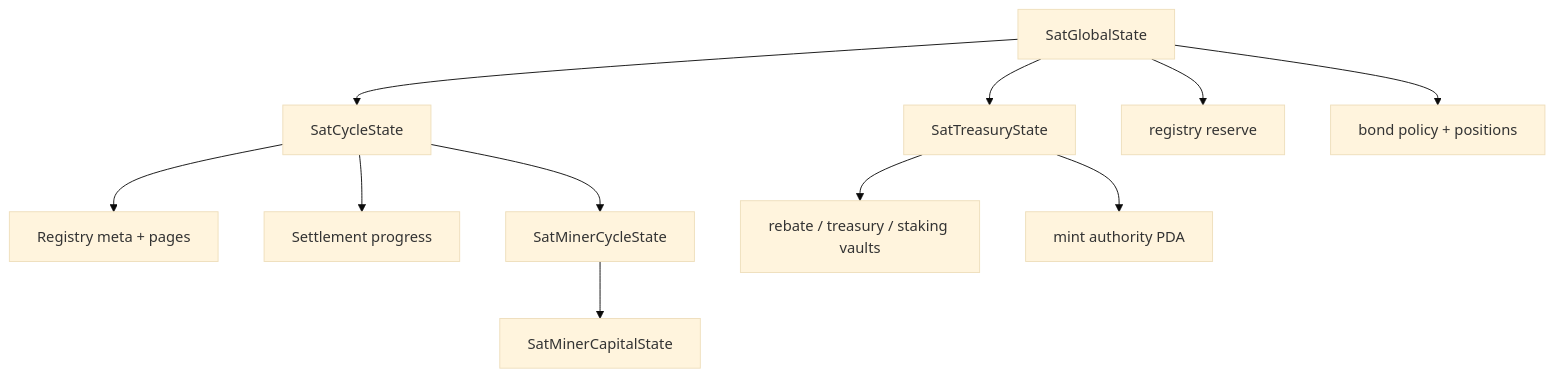
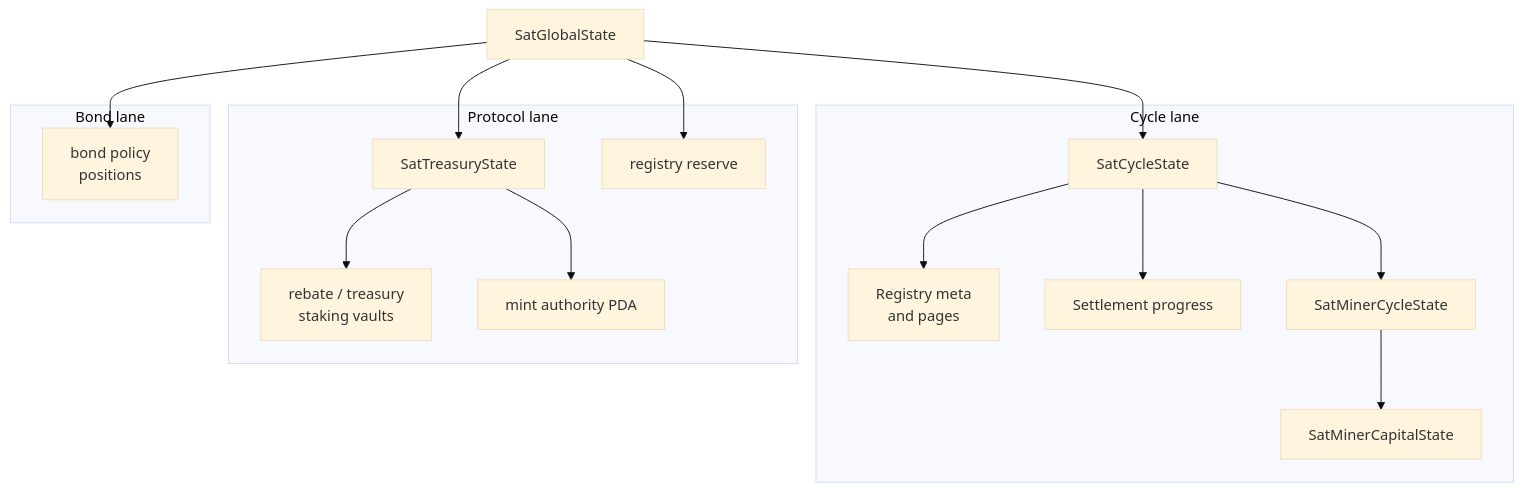
One commit to fased-ai/fased changed the second of 2 diagrams in docs/plugins/crypto/mining-protocol.md. Above: the diagram before and after it, drawn with Mermaid (base theme). The commit also changed other lines of this file and 264 other files, not shown here.

````diff
--- a/docs/plugins/crypto/mining-protocol.md
+++ b/docs/plugins/crypto/mining-protocol.md
@@ -295,13 +435,34 @@
 ```mermaid
-flowchart TB
-  Global["SatGlobalState"] --> Cycle["SatCycleState"]
-  Cycle --> Registry["Registry meta + pages"]
-  Cycle --> Settlement["Settlement progress"]
-  Cycle --> MinerCycle["SatMinerCycleState"]
-  MinerCycle --> Capital["SatMinerCapitalState"]
-  Global --> Treasury["SatTreasuryState"]
-  Treasury --> Vaults["rebate / treasury / staking vaults"]
-  Global --> Reserve["registry reserve"]
-  Global --> Bond["bond policy + positions"]
-  Treasury --> Mint["mint authority PDA"]
+flowchart TD
+  Global["SatGlobalState"]
+
+  subgraph CycleLane["Cycle lane"]
+    Cycle["SatCycleState"]
+    Registry["Registry meta<br/>and pages"]
+    Settlement["Settlement progress"]
+    MinerCycle["SatMinerCycleState"]
+    Capital["SatMinerCapitalState"]
+  end
+
+  subgraph ProtocolLane["Protocol lane"]
+    Treasury["SatTreasuryState"]
+    Vaults["rebate / treasury<br/>staking vaults"]
+    Reserve["registry reserve"]
+    Mint["mint authority PDA"]
+  end
+
+  subgraph BondLane["Bond lane"]
+    Bond["bond policy<br/>positions"]
+  end
+
+  Global --> Cycle
+  Cycle --> Registry
+  Cycle --> Settlement
+  Cycle --> MinerCycle
+  MinerCycle --> Capital
+  Global --> Treasury
+  Treasury --> Vaults
+  Treasury --> Mint
+  Global --> Reserve
+  Global --> Bond
 ```
````
